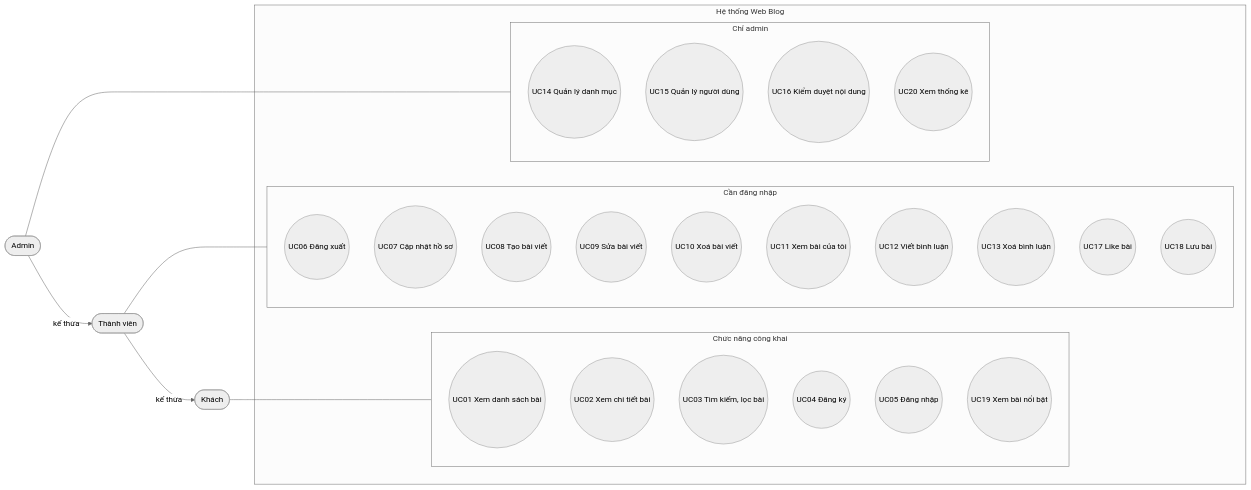
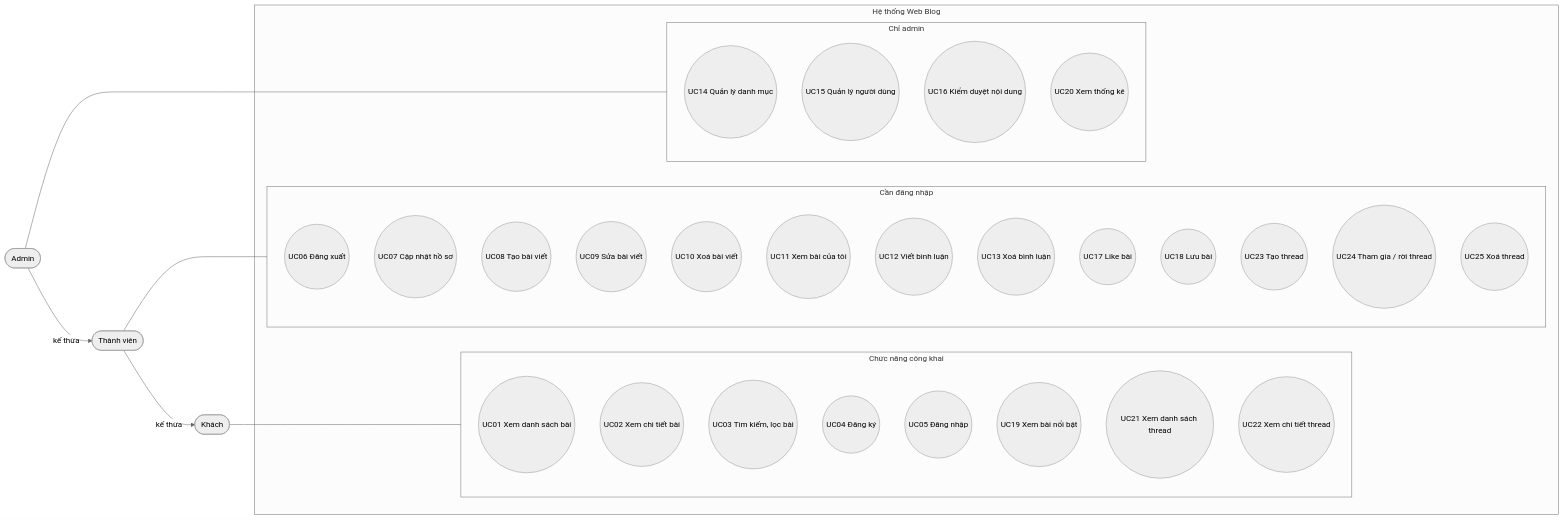
Before and after one commit to PotatoMine725/Nhom3-Web_Blog: the first of 3 diagrams in docs/specs/02-use-cases.md, drawn with Mermaid (neutral theme). The commit also changed other lines of this file and 6 other files, not shown here.

````diff
--- a/docs/specs/02-use-cases.md
+++ b/docs/specs/02-use-cases.md
@@ -44,41 +49,46 @@
 ```mermaid
 flowchart LR
   Guest([Khách])
   Member([Thành viên])
   Admin([Admin])
   Member -- kế thừa --> Guest
   Admin -- kế thừa --> Member
 
   subgraph SYS[Hệ thống Web Blog]
     subgraph PUB[Chức năng công khai]
       UC01((UC01 Xem danh sách bài))
       UC02((UC02 Xem chi tiết bài))
       UC03((UC03 Tìm kiếm, lọc bài))
       UC04((UC04 Đăng ký))
       UC05((UC05 Đăng nhập))
       UC19((UC19 Xem bài nổi bật))
+      UC21((UC21 Xem danh sách thread))
+      UC22((UC22 Xem chi tiết thread))
     end
     subgraph MEM[Cần đăng nhập]
       UC06((UC06 Đăng xuất))
       UC07((UC07 Cập nhật hồ sơ))
       UC08((UC08 Tạo bài viết))
       UC09((UC09 Sửa bài viết))
       UC10((UC10 Xoá bài viết))
       UC11((UC11 Xem bài của tôi))
       UC12((UC12 Viết bình luận))
       UC13((UC13 Xoá bình luận))
       UC17((UC17 Like bài))
       UC18((UC18 Lưu bài))
+      UC23((UC23 Tạo thread))
+      UC24((UC24 Tham gia / rời thread))
+      UC25((UC25 Xoá thread))
     end
     subgraph ADM[Chỉ admin]
       UC14((UC14 Quản lý danh mục))
       UC15((UC15 Quản lý người dùng))
       UC16((UC16 Kiểm duyệt nội dung))
       UC20((UC20 Xem thống kê))
     end
   end
 
   Guest --- PUB
   Member --- MEM
   Admin --- ADM
 ```
````
